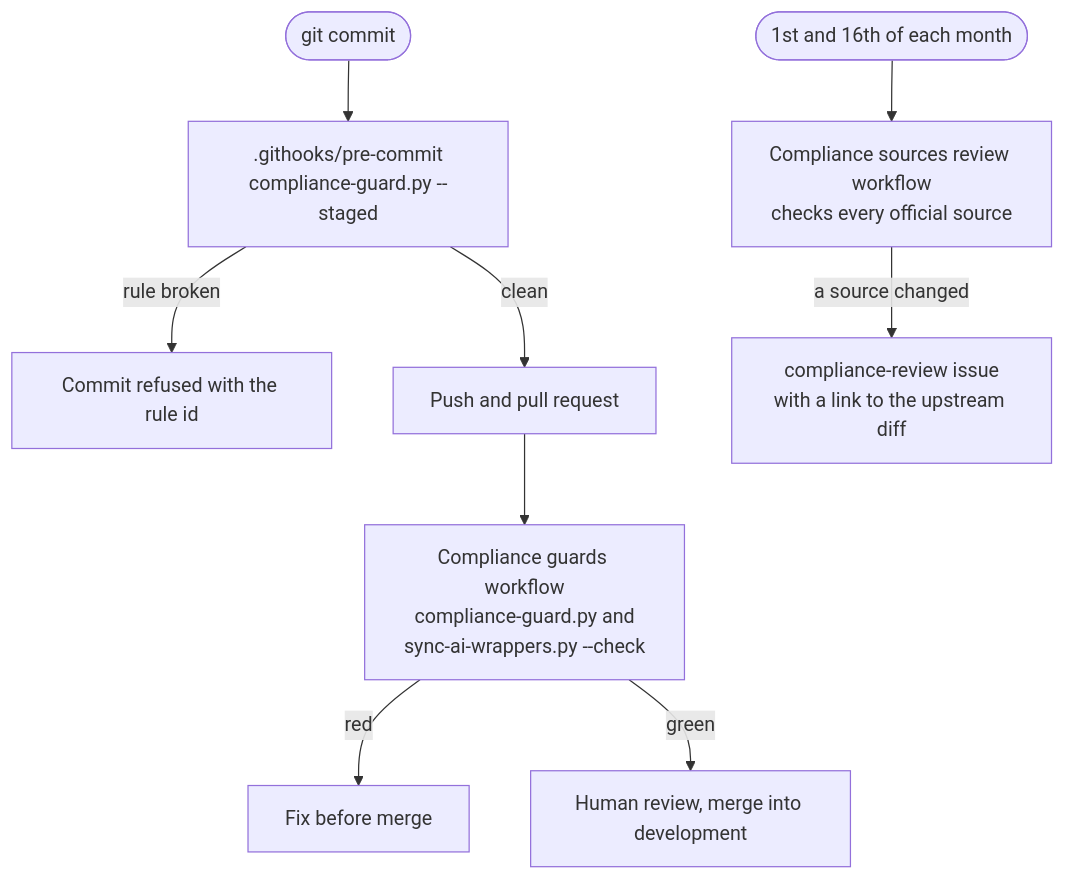
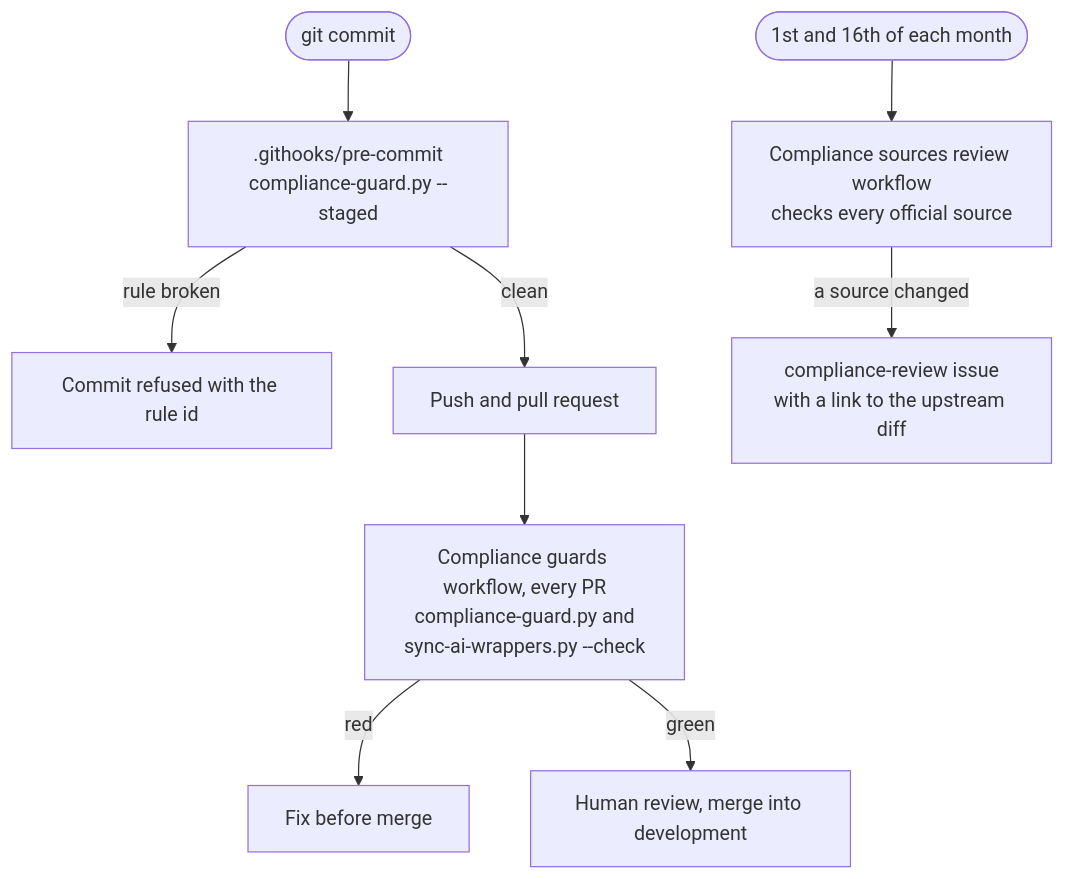
Before and after one commit to ahmedshahjr/Education-Portal: diagram 18 of 19 in README.md, drawn with Mermaid. The commit also changed other lines of this file and 1 other file, not shown here.

Commit message:
Run compliance guards on every pull request
The workflow only triggered for PRs into development or main, and the repo
now has only master, so no PR got checks. Drop the pull_request branch
filter and add master to the push trigger.

Claude-Session: https://claude.ai/code/session_01H1DJLoiseWaizeJwhNBxFh

````diff
--- a/README.md
+++ b/README.md
@@ -681,11 +681,11 @@
 ```mermaid
 flowchart TB
     commit(["git commit"]) --> hook[".githooks/pre-commit<br/>compliance-guard.py --staged"]
     hook -->|"rule broken"| stop["Commit refused with the rule id"]
     hook -->|"clean"| pushed["Push and pull request"]
-    pushed --> ci["Compliance guards workflow<br/>compliance-guard.py and<br/>sync-ai-wrappers.py --check"]
+    pushed --> ci["Compliance guards workflow, every PR<br/>compliance-guard.py and<br/>sync-ai-wrappers.py --check"]
     ci -->|"red"| fix["Fix before merge"]
     ci -->|"green"| review["Human review, merge into development"]
     cron(["1st and 16th of each month"]) --> sources["Compliance sources review workflow<br/>checks every official source"]
     sources -->|"a source changed"| issue["compliance-review issue<br/>with a link to the upstream diff"]
 ```
````
